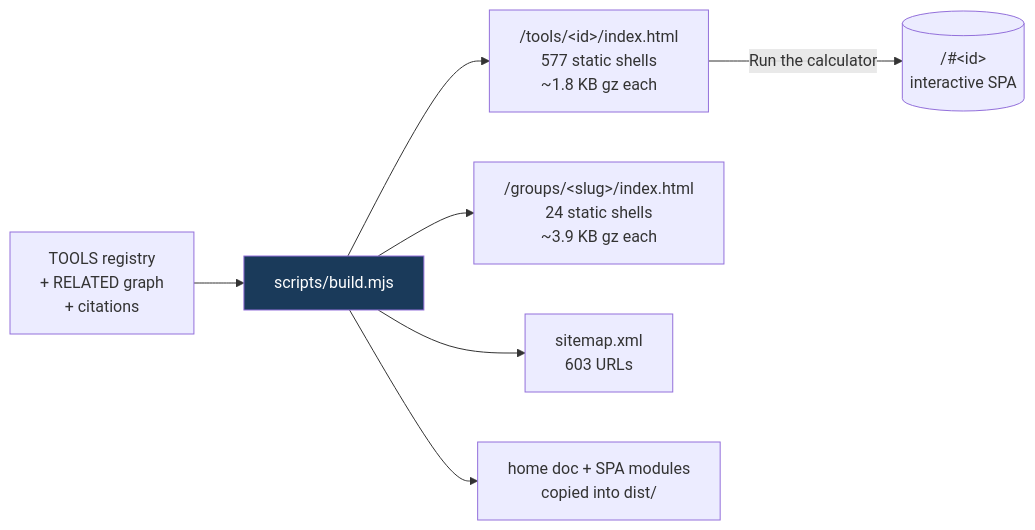
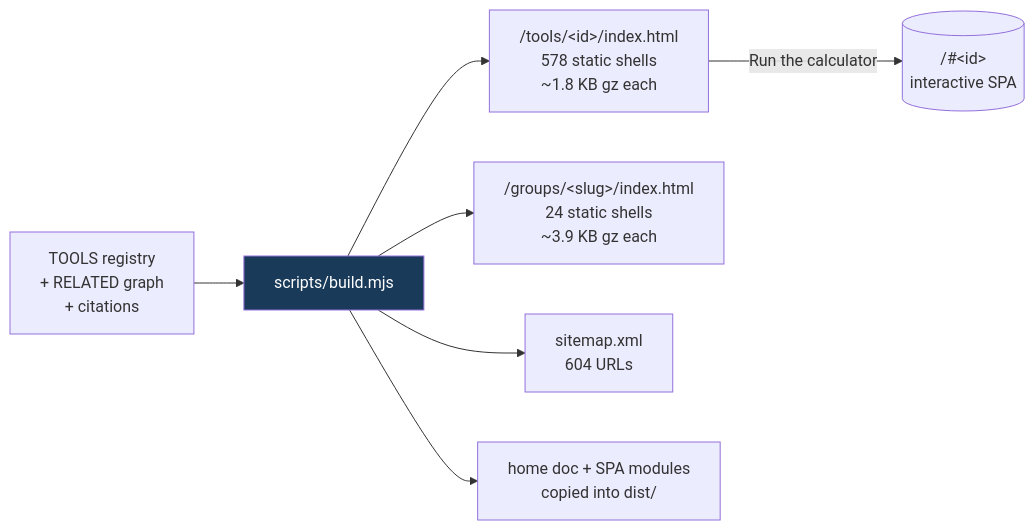
The third of 6 diagrams in README.md (clay-good/roughlogic.com), drawn with Mermaid before and after one commit. The commit also changed other lines of this file and 16 other files, not shown here.

````diff
--- a/README.md
+++ b/README.md
@@ -272,10 +274,10 @@
 ```mermaid
 flowchart LR
     SRC[TOOLS registry\n+ RELATED graph\n+ citations] --> BUILD[scripts/build.mjs]
-    BUILD --> TILE["/tools/&lt;id&gt;/index.html\n577 static shells\n~1.8 KB gz each"]
+    BUILD --> TILE["/tools/&lt;id&gt;/index.html\n578 static shells\n~1.8 KB gz each"]
     BUILD --> GROUP["/groups/&lt;slug&gt;/index.html\n24 static shells\n~3.9 KB gz each"]
-    BUILD --> MAP["sitemap.xml\n603 URLs"]
+    BUILD --> MAP["sitemap.xml\n604 URLs"]
     BUILD --> COPY[home doc + SPA modules\ncopied into dist/]
     TILE -->|Run the calculator| SPA[("/#&lt;id&gt;\ninteractive SPA")]
     style BUILD fill:#1a3a5a,color:#fff
 ```
````
